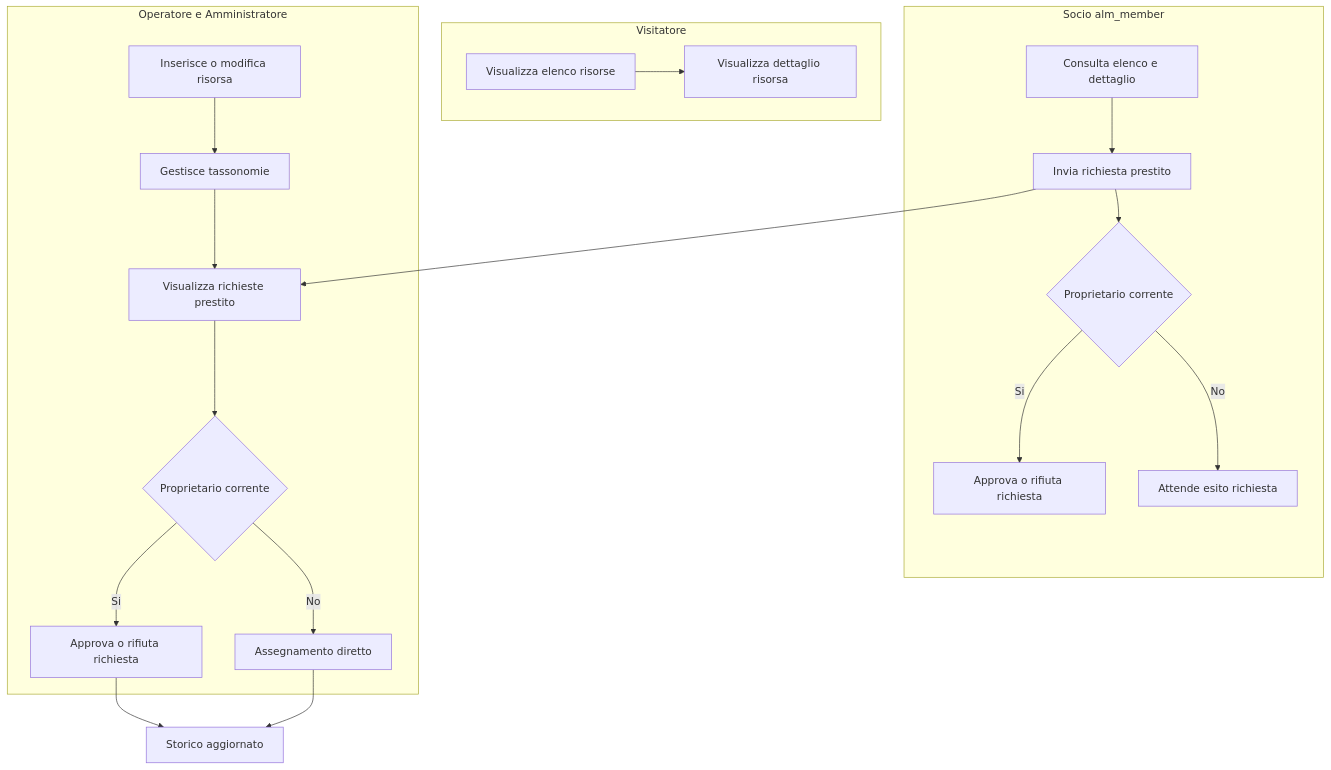
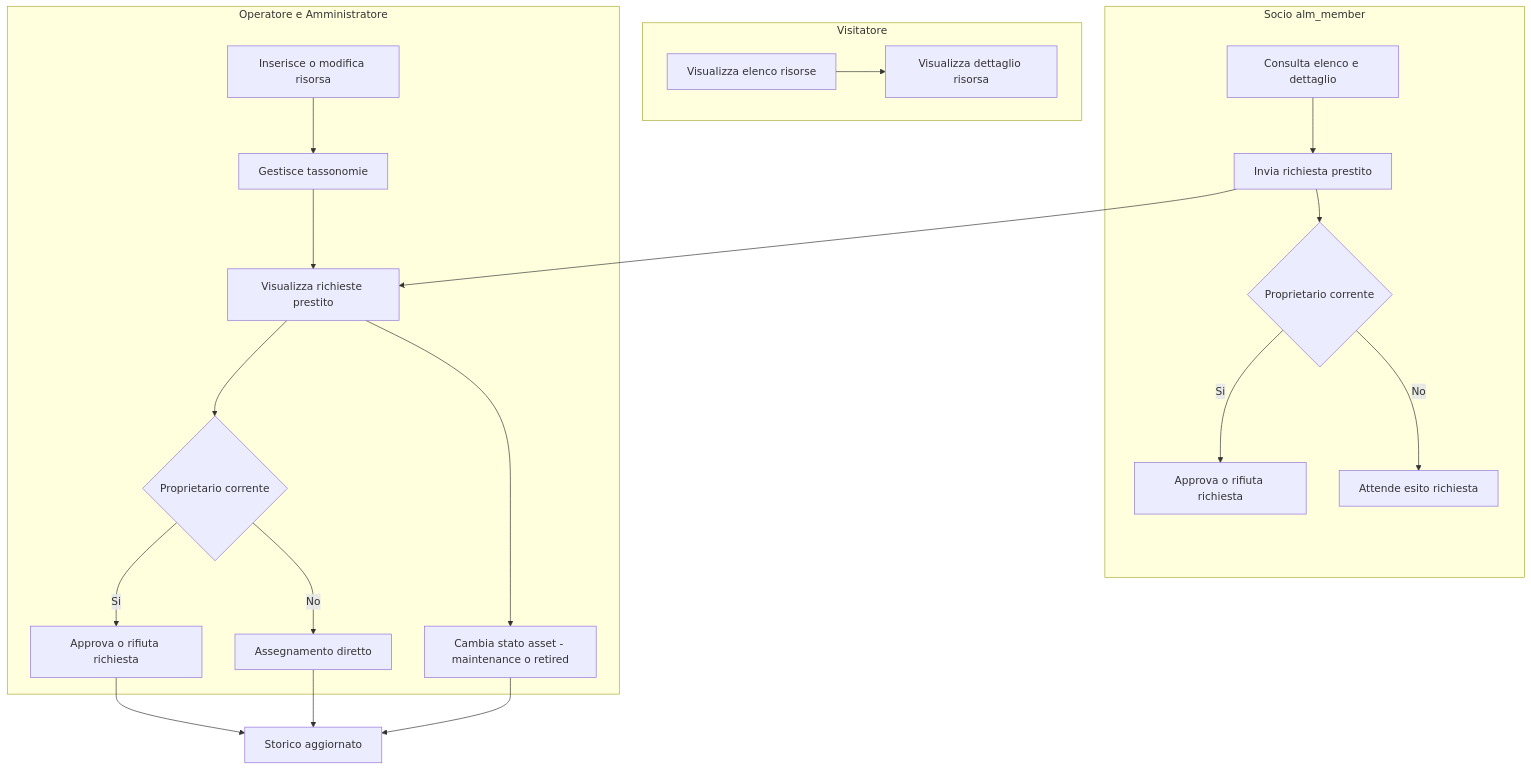
The diagram in DOC/SchemaAzioniSwimlane.md (ilclaudio/asset-lending-manager), drawn with Mermaid before and after one commit. The commit also changed 10 other files, not shown here.

First line of the commit message:
Feature: Asset state change (maintenance/retired) from frontend

````diff
--- a/DOC/SchemaAzioniSwimlane.md
+++ b/DOC/SchemaAzioniSwimlane.md
@@ -5,34 +5,37 @@
 ```mermaid
 flowchart TB
   subgraph L1[Visitatore]
     V1[Visualizza elenco risorse]
     V2[Visualizza dettaglio risorsa]
     V1 --> V2
   end
 
   subgraph L2[Socio alm_member]
     S1[Consulta elenco e dettaglio]
     S2[Invia richiesta prestito]
     S3{Proprietario corrente}
     S4[Approva o rifiuta richiesta]
     S1 --> S2 --> S3
     S3 -- Si --> S4
     S3 -- No --> S5[Attende esito richiesta]
   end
 
   subgraph L3[Operatore e Amministratore]
     O1[Inserisce o modifica risorsa]
     O2[Gestisce tassonomie]
     O3[Visualizza richieste prestito]
     O4{Proprietario corrente}
     O5[Approva o rifiuta richiesta]
     O6[Assegnamento diretto]
+    O7[Cambia stato asset - maintenance o retired]
     O1 --> O2 --> O3 --> O4
     O4 -- Si --> O5
     O4 -- No --> O6
+    O3 --> O7
   end
 
   S2 --> O3
   O5 --> H1[Storico aggiornato]
   O6 --> H1
+  O7 --> H1
 ```
````
